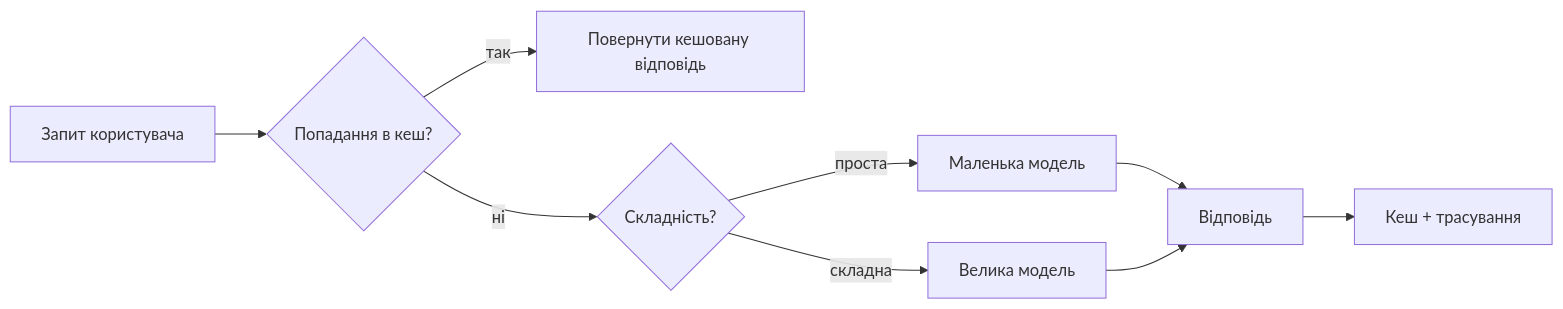
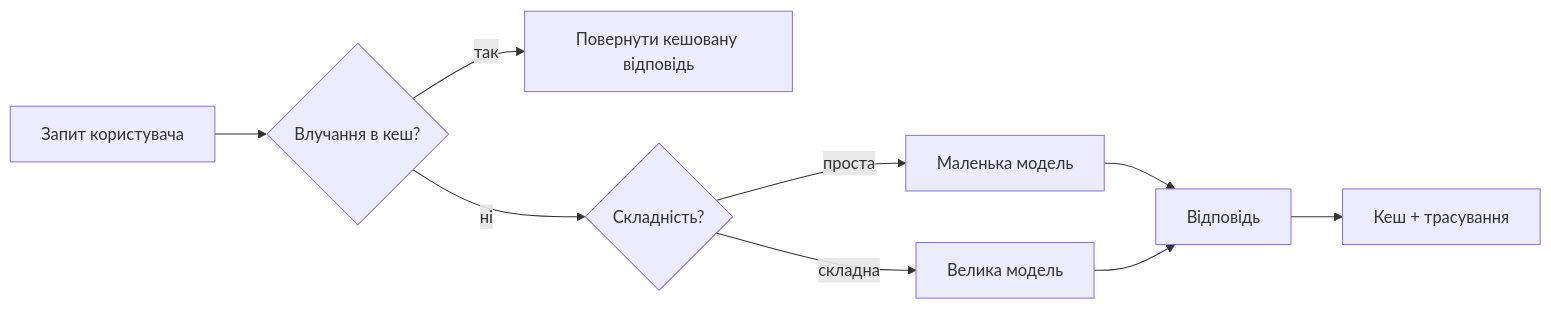
One commit to gabrielmoreira/agent-skills-mirror changed the third of 4 diagrams in mirrors/repos/microsoft@ai-agents-for-beginners/translations/uk/16-deploying-scalable-agents/README.md. Above: the diagram before and after it, drawn with Mermaid. The commit also changed other lines of this file and 4262 other files, not shown here.

````diff
--- a/mirrors/repos/microsoft@ai-agents-for-beginners/translations/uk/16-deploying-scalable-agents/README.md
+++ b/mirrors/repos/microsoft@ai-agents-for-beginners/translations/uk/16-deploying-scalable-agents/README.md
@@ -134,11 +134,11 @@
 ```mermaid
 flowchart LR
-    Q[Запит користувача] --> C{Попадання в кеш?}
+    Q[Запит користувача] --> C{Влучання в кеш?}
     C -->|так| R[Повернути кешовану відповідь]
     C -->|ні| Router{Складність?}
     Router -->|проста| SLM[Маленька модель]
     Router -->|складна| LLM[Велика модель]
     SLM --> Out[Відповідь]
     LLM --> Out
     Out --> Store[Кеш + трасування]
 ```
````
